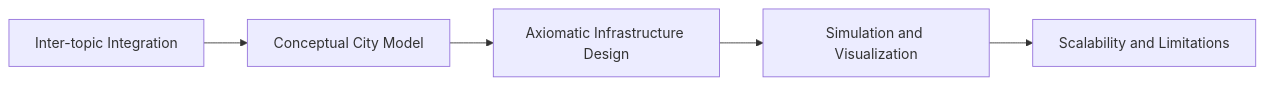
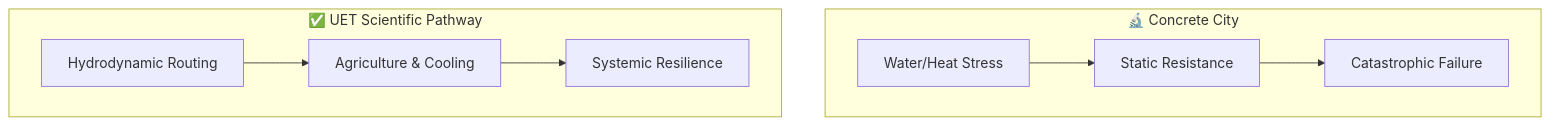
Before and after one commit to ellipszist/unityequilibriumtheory: the diagram in docs/topics/0.39_Bio_Smart_City/README.md, drawn with Mermaid. The commit also changed other lines of this file and 2166 other files, not shown here.

````diff
--- a/docs/topics/0.39_Bio_Smart_City/README.md
+++ b/docs/topics/0.39_Bio_Smart_City/README.md
@@ -15,7 +17,10 @@
 ```mermaid
-flowchart LR
-    A["Inter-topic Integration"] --> B["Conceptual City Model"]
-    B --> C["Axiomatic Infrastructure Design"]
-    C --> D["Simulation and Visualization"]
-    D --> E["Scalability and Limitations"]
+graph TB
+    subgraph Standard["🔬 Concrete City"]
+        Flood["Water/Heat Stress"] --> Concrete["Static Resistance"] --> Fail["Catastrophic Failure"]
+    end
+    subgraph UET["✅ UET Scientific Pathway"]
+        Absorb["Hydrodynamic Routing"] --> Utilize["Agriculture & Cooling"]
+        Utilize --> Thrive["Systemic Resilience"]
+    end
 ```
````
